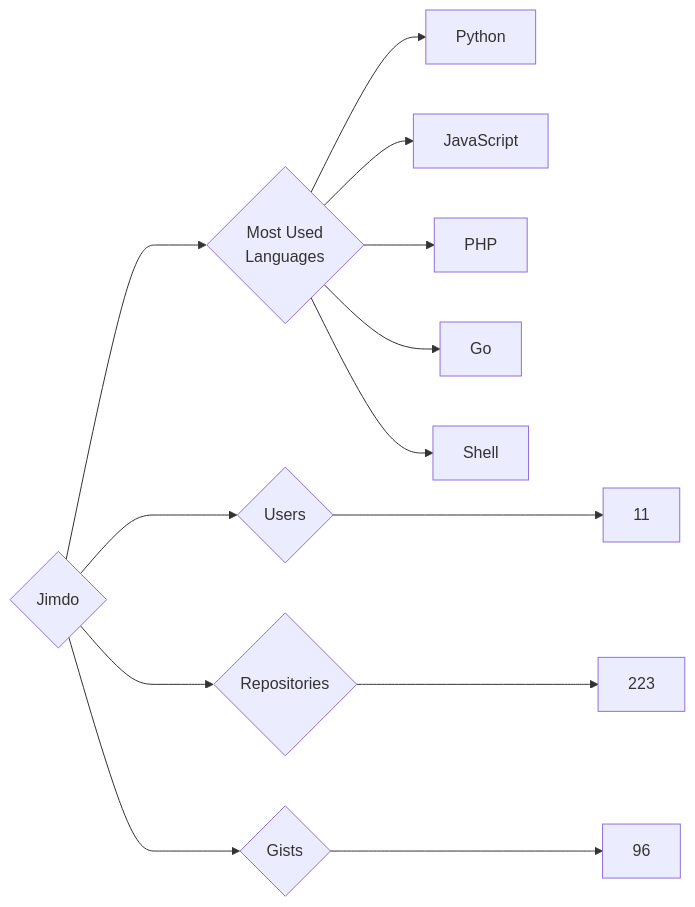
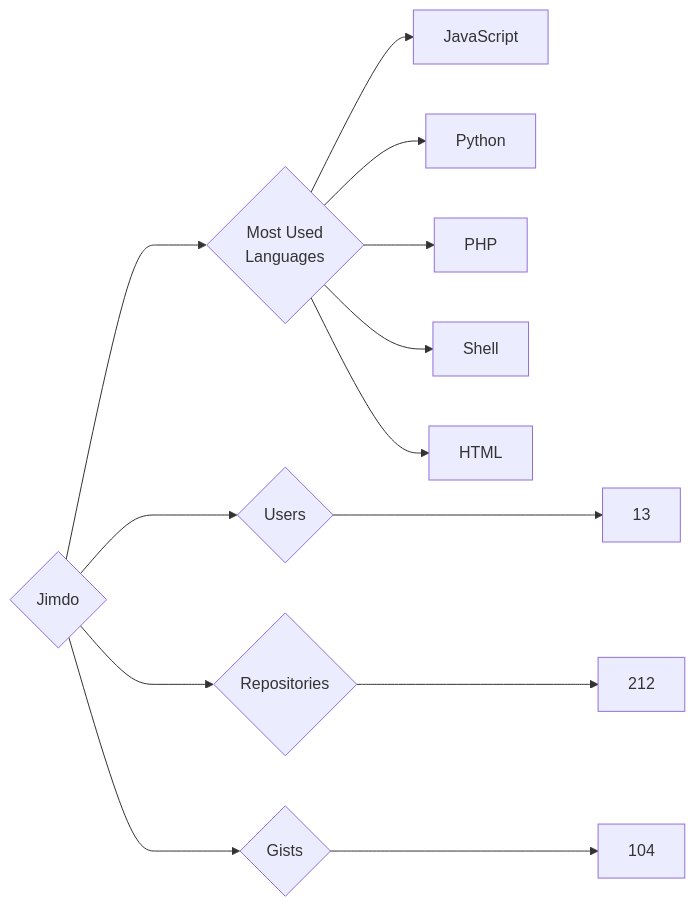
Before and after one commit to trickest/insiders: the diagram in targets/Jimdo/README.md, drawn with Mermaid. The commit also changed 693 other files, not shown here.

````diff
--- a/targets/Jimdo/README.md
+++ b/targets/Jimdo/README.md
@@ -3,13 +3,13 @@
 ```mermaid
 graph LR
 COMPANY_NAME{Jimdo}
-COMPANY_NAME ---> U{Users} ---> UN[11]
-COMPANY_NAME ---> R{Repositories} ---> RN[223]
-COMPANY_NAME ---> G{Gists} ---> GN[96]
+COMPANY_NAME ---> U{Users} ---> UN[13]
+COMPANY_NAME ---> R{Repositories} ---> RN[212]
+COMPANY_NAME ---> G{Gists} ---> GN[104]
 COMPANY_NAME ---> ML{Most Used<br>Languages}
+ML --> JavaScript[JavaScript]
 ML --> Python[Python]
-ML --> JavaScript[JavaScript]
 ML --> PHP[PHP]
-ML --> Go[Go]
 ML --> Shell[Shell]
+ML --> HTML[HTML]
 ```
````
